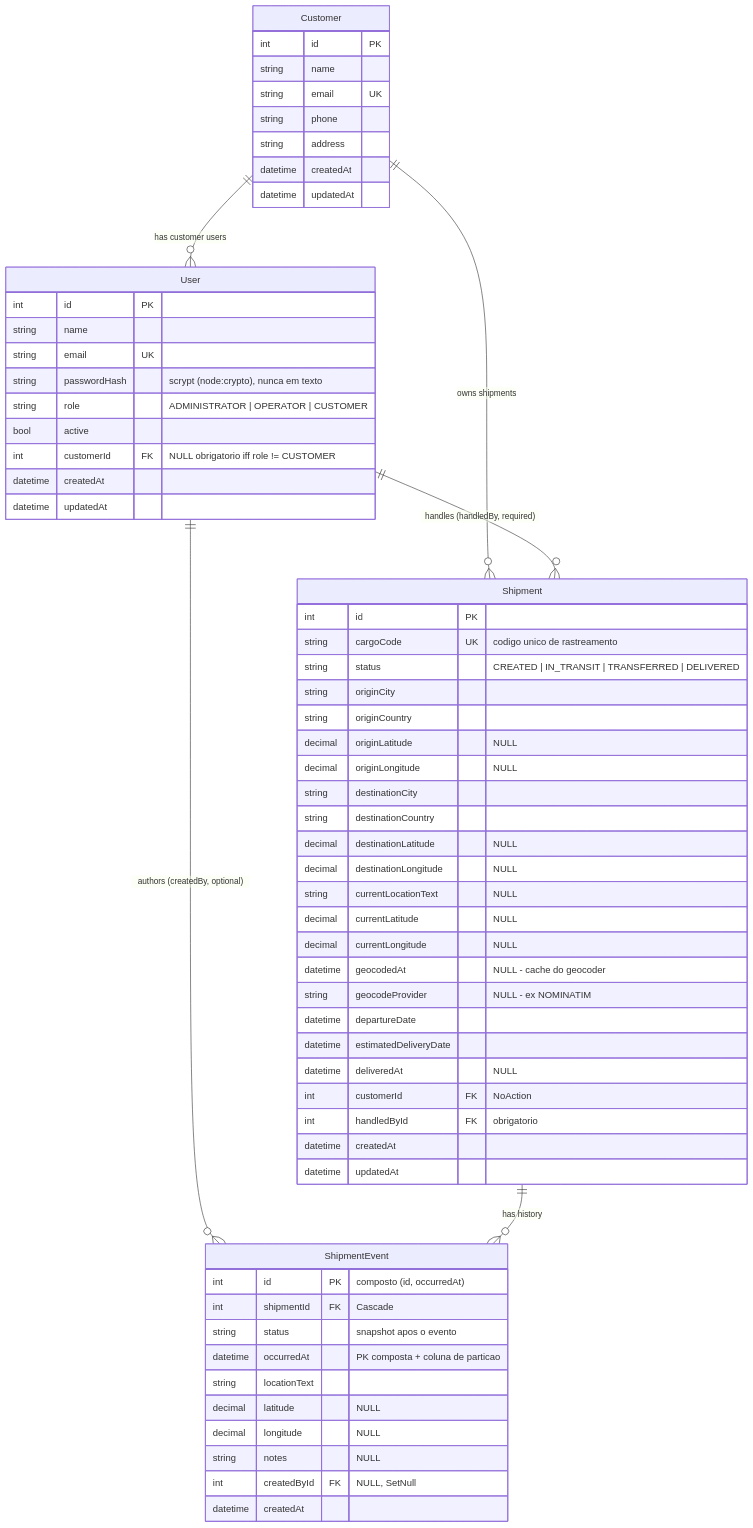
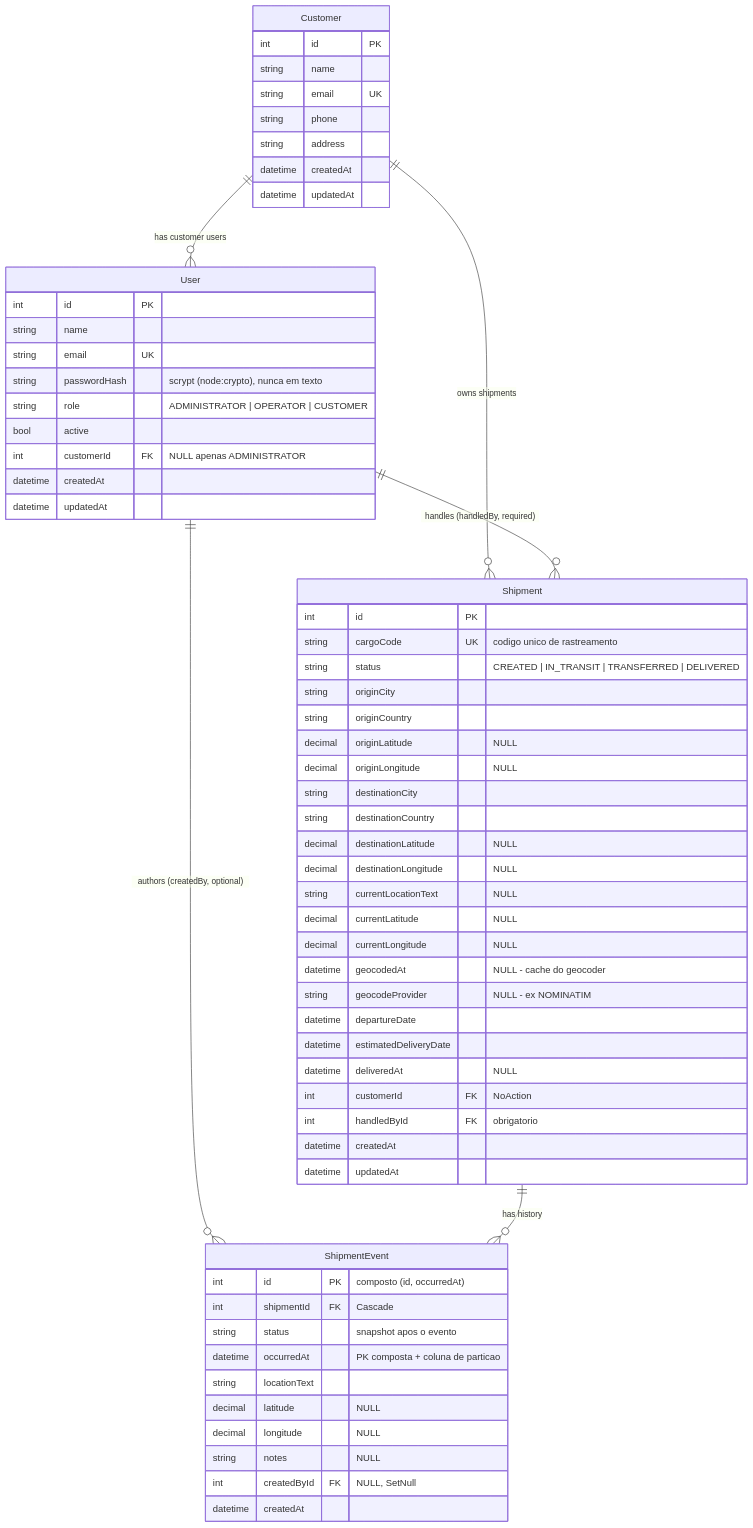
One commit to wellingtonfds/shipment-tracking-service changed the diagram in docs/DATABASE.md. Above: the diagram before and after it, drawn with Mermaid. The commit also changed other lines of this file and 16 other files, not shown here.

````diff
--- a/docs/DATABASE.md
+++ b/docs/DATABASE.md
@@ -23,66 +23,66 @@
 ```mermaid
 erDiagram
     Customer ||--o{ User : "has customer users"
     Customer ||--o{ Shipment : "owns shipments"
     User ||--o{ Shipment : "handles (handledBy, required)"
     User ||--o{ ShipmentEvent : "authors (createdBy, optional)"
     Shipment ||--o{ ShipmentEvent : "has history"
 
     Customer {
         int id PK
         string name
         string email UK
         string phone
         string address
         datetime createdAt
         datetime updatedAt
     }
     User {
         int id PK
         string name
         string email UK
         string passwordHash "scrypt (node:crypto), nunca em texto"
         string role "ADMINISTRATOR | OPERATOR | CUSTOMER"
         bool active
-        int customerId FK "NULL obrigatorio iff role != CUSTOMER"
+        int customerId FK "NULL apenas ADMINISTRATOR"
         datetime createdAt
         datetime updatedAt
     }
     Shipment {
         int id PK
         string cargoCode UK "codigo unico de rastreamento"
         string status "CREATED | IN_TRANSIT | TRANSFERRED | DELIVERED"
         string originCity
         string originCountry
         decimal originLatitude "NULL"
         decimal originLongitude "NULL"
         string destinationCity
         string destinationCountry
         decimal destinationLatitude "NULL"
         decimal destinationLongitude "NULL"
         string currentLocationText "NULL"
         decimal currentLatitude "NULL"
         decimal currentLongitude "NULL"
         datetime geocodedAt "NULL - cache do geocoder"
         string geocodeProvider "NULL - ex NOMINATIM"
         datetime departureDate
         datetime estimatedDeliveryDate
         datetime deliveredAt "NULL"
         int customerId FK "NoAction"
         int handledById FK "obrigatorio"
         datetime createdAt
         datetime updatedAt
     }
     ShipmentEvent {
         int id PK "composto (id, occurredAt)"
         int shipmentId FK "Cascade"
         string status "snapshot apos o evento"
         datetime occurredAt "PK composta + coluna de particao"
         string locationText
         decimal latitude "NULL"
         decimal longitude "NULL"
         string notes "NULL"
         int createdById FK "NULL, SetNull"
         datetime createdAt
     }
 ```
````
